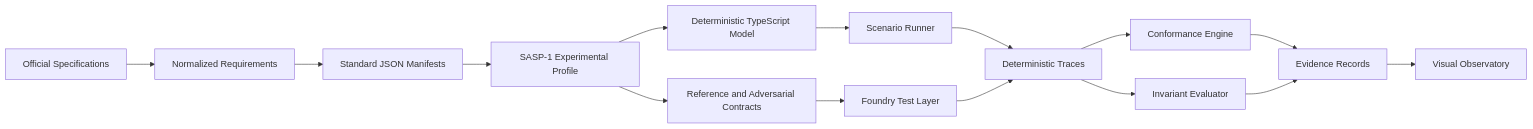
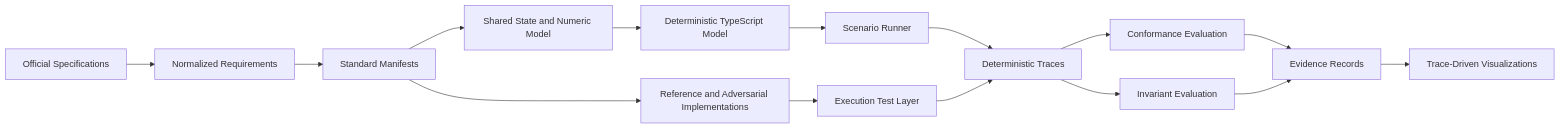
One commit to valeriusvarda/spectra-asset-protocol-lab changed the diagram in README.md. Above: the diagram before and after it, drawn with Mermaid. The commit also changed other lines of this file, not shown here.

````diff
--- a/README.md
+++ b/README.md
@@ -1223,23 +717,24 @@
 ```mermaid
 flowchart LR
     A[Official Specifications] --> B[Normalized Requirements]
-    B --> C[Standard JSON Manifests]
-    C --> D[SASP-1 Experimental Profile]
+    B --> C[Standard Manifests]
+
+    C --> D[Shared State and Numeric Model]
 
     D --> E[Deterministic TypeScript Model]
-    D --> F[Reference and Adversarial Contracts]
+    C --> F[Reference and Adversarial Implementations]
 
     E --> G[Scenario Runner]
-    F --> H[Foundry Test Layer]
+    F --> H[Execution Test Layer]
 
     G --> I[Deterministic Traces]
     H --> I
 
-    I --> J[Conformance Engine]
-    I --> K[Invariant Evaluator]
+    I --> J[Conformance Evaluation]
+    I --> K[Invariant Evaluation]
 
     J --> L[Evidence Records]
     K --> L
 
-    L --> M[Visual Observatory]
+    L --> M[Trace-Driven Visualizations]
 ```
````
